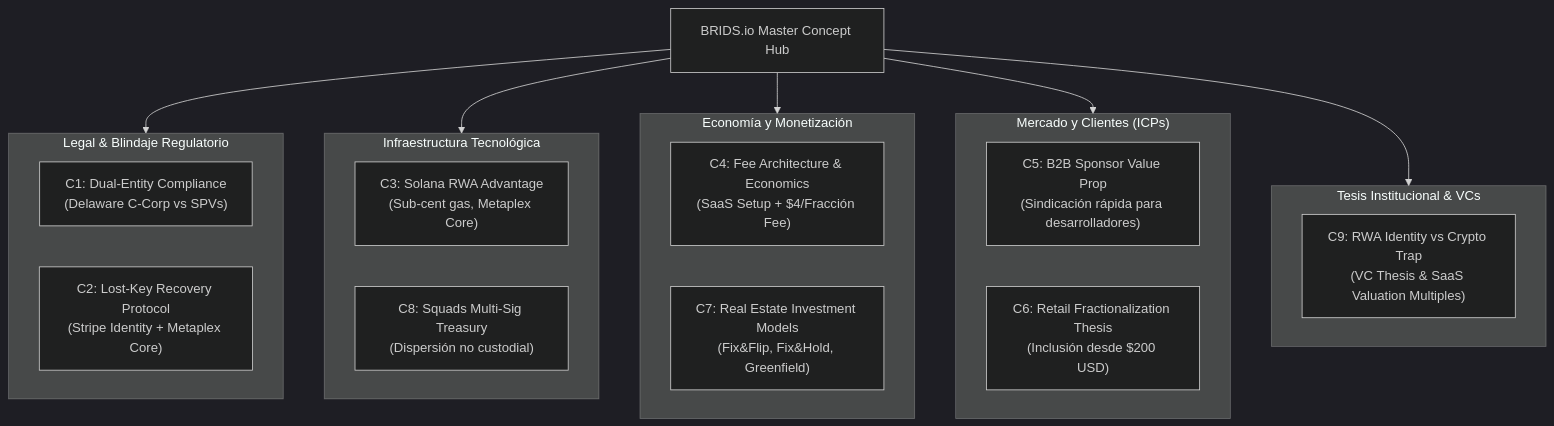
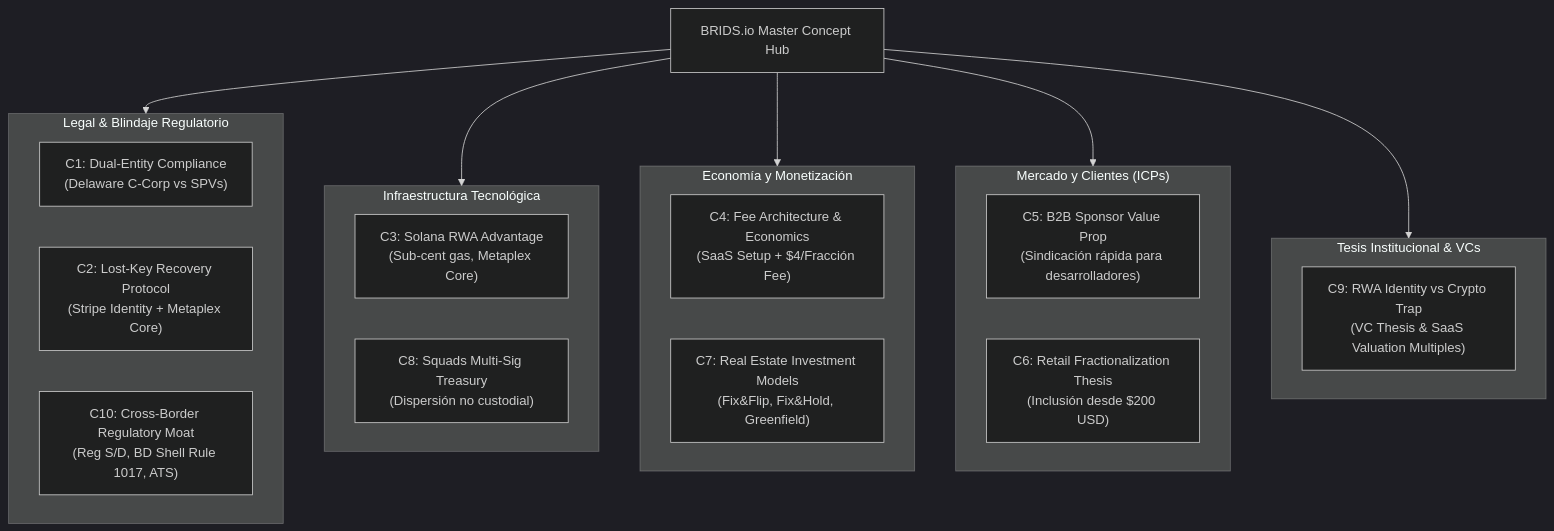
One commit to jeisonsosablockdev/BRIDS-KNOWLEDGE-FORT changed the diagram in BRIDS-Brain/01 Negocio/01 Estrategia & Modelo/master-business-concepts.md. Above: the diagram before and after it, drawn with Mermaid (dark theme). The commit also changed other lines of this file and 39 other files, not shown here.

First line of the commit message:
feat(legal): add RWA Series LLC model, 3-phase regulatory roadmap, and C10 concept

````diff
--- a/BRIDS-Brain/01 Negocio/01 Estrategia & Modelo/master-business-concepts.md
+++ b/BRIDS-Brain/01 Negocio/01 Estrategia & Modelo/master-business-concepts.md
@@ -28,34 +28,35 @@
 ```mermaid
 graph TD
     Master["BRIDS.io Master Concept Hub"]
     
     subgraph Legal_Compliance["Legal & Blindaje Regulatorio"]
         C1["C1: Dual-Entity Compliance<br/>(Delaware C-Corp vs SPVs)"]
         C2["C2: Lost-Key Recovery Protocol<br/>(Stripe Identity + Metaplex Core)"]
+        C10["C10: Cross-Border Regulatory Moat<br/>(Reg S/D, BD Shell Rule 1017, ATS)"]
     end
 
     subgraph Tech_Infra["Infraestructura Tecnológica"]
         C3["C3: Solana RWA Advantage<br/>(Sub-cent gas, Metaplex Core)"]
         C8["C8: Squads Multi-Sig Treasury<br/>(Dispersión no custodial)"]
     end
 
     subgraph Business_Economics["Economía y Monetización"]
         C4["C4: Fee Architecture & Economics<br/>(SaaS Setup + $4/Fracción Fee)"]
         C7["C7: Real Estate Investment Models<br/>(Fix&Flip, Fix&Hold, Greenfield)"]
     end
 
     subgraph Market_GTM["Mercado y Clientes (ICPs)"]
         C5["C5: B2B Sponsor Value Prop<br/>(Sindicación rápida para desarrolladores)"]
         C6["C6: Retail Fractionalization Thesis<br/>(Inclusión desde $200 USD)"]
     end
 
     subgraph VC_Thesis["Tesis Institucional & VCs"]
         C9["C9: RWA Identity vs Crypto Trap<br/>(VC Thesis & SaaS Valuation Multiples)"]
     end
 
     Master --> Legal_Compliance
     Master --> Tech_Infra
     Master --> Business_Economics
     Master --> Market_GTM
     Master --> VC_Thesis
 ```
````
